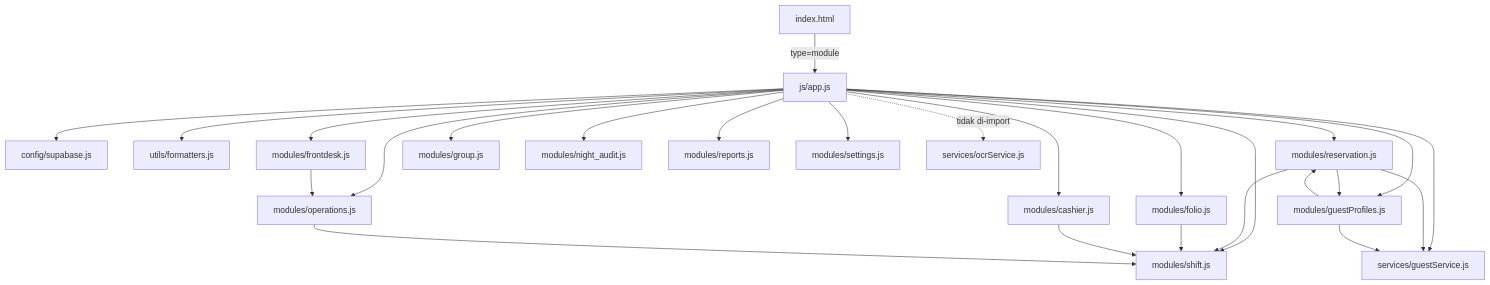
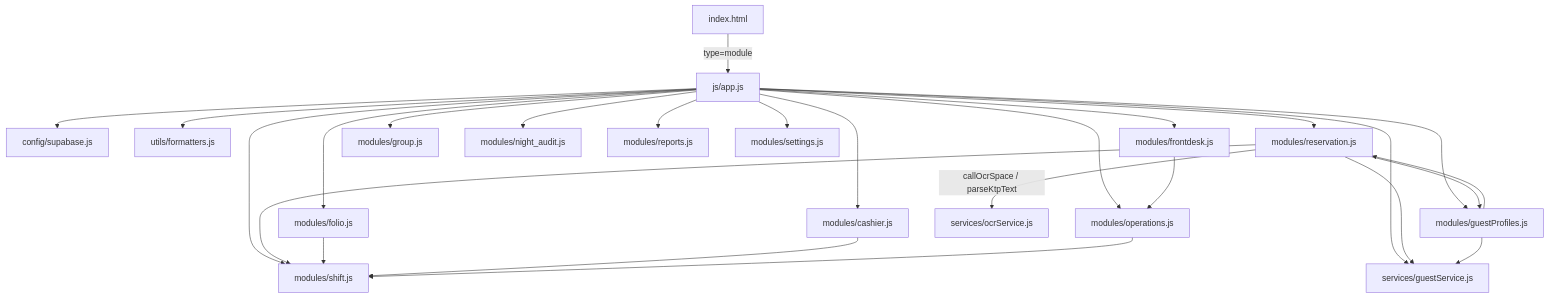
Before and after one commit to arzfom-ops/NG-Hotel-Management: the first of 2 diagrams in docs/TECH_SPEC.md, drawn with Mermaid. The commit also changed other lines of this file and 7 other files, not shown here.

Commit message:
fix: resolve reservation.js syntax error, sync KTP form IDs, and consolidate OCR to ocrService.js

````diff
--- a/docs/TECH_SPEC.md
+++ b/docs/TECH_SPEC.md
@@ -102,28 +102,28 @@
 ```mermaid
 flowchart TD
     HTML[index.html] -->|type=module| APP[js/app.js]
     APP --> CFG[config/supabase.js]
     APP --> FMT[utils/formatters.js]
     APP --> FD[modules/frontdesk.js]
     APP --> RES[modules/reservation.js]
     APP --> GRP[modules/group.js]
     APP --> FOL[modules/folio.js]
     APP --> CSH[modules/cashier.js]
     APP --> SHF[modules/shift.js]
     APP --> NA[modules/night_audit.js]
     APP --> REP[modules/reports.js]
     APP --> OPS[modules/operations.js]
     APP --> GCF[modules/guestProfiles.js]
     APP --> SET[modules/settings.js]
     APP --> GS[services/guestService.js]
     RES --> GS
     GCF --> GS
     GCF --> RES
     RES --> GCF
     RES --> SHF
     FOL --> SHF
     CSH --> SHF
     OPS --> SHF
     FD --> OPS
-    APP -.->|tidak di-import| OCR[services/ocrService.js]
+    RES -->|callOcrSpace / parseKtpText| OCR[services/ocrService.js]
 ```
````
